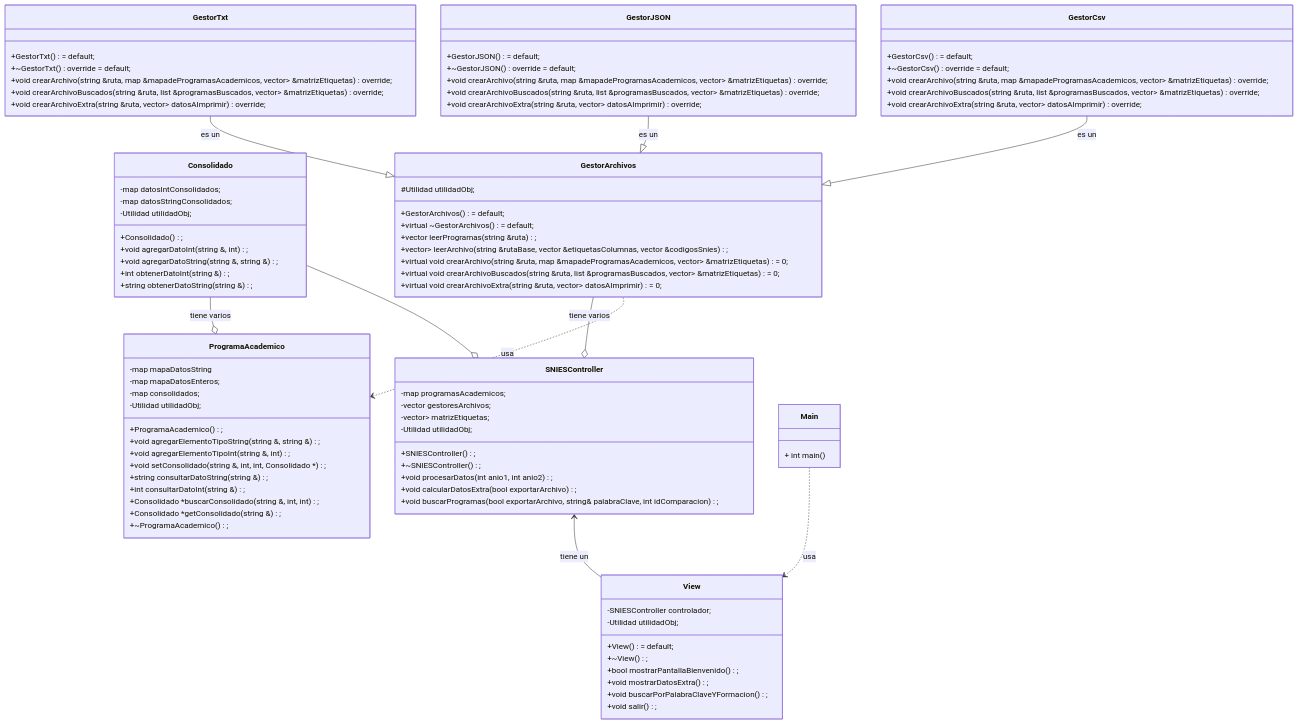
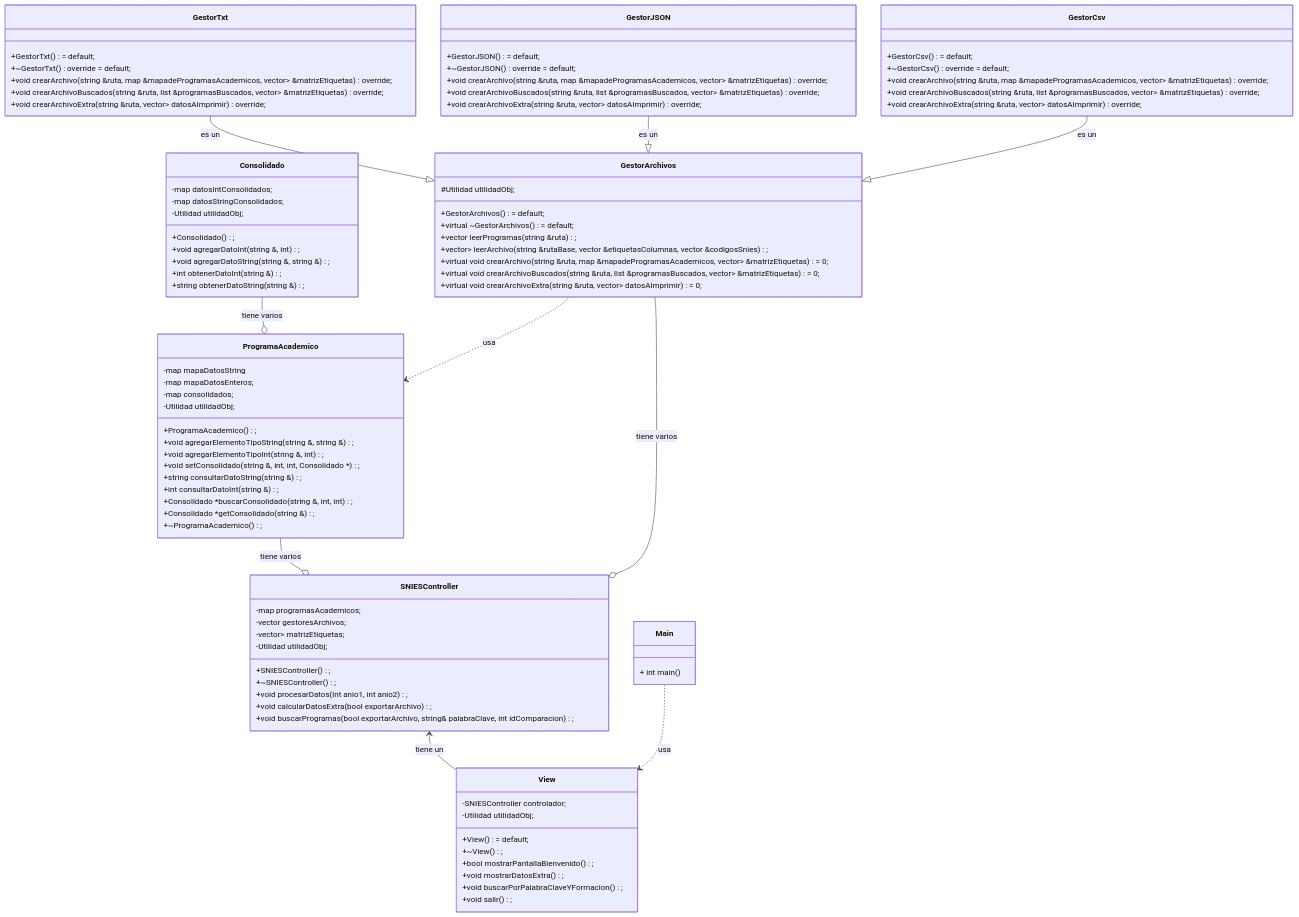
The diagram in README.md (300CIS017-Object-Oriented-Programming/proyecto-2-snies-extractor-sintax-error), drawn with Mermaid before and after one commit.

Commit message:
NEW: Diagrama Mermaid actualizado

```diff
--- a/README.md
+++ b/README.md
@@ -126,7 +126,7 @@
 View <.. Main : usa
 View --> SNIESController : tiene un
 SNIESController o-- GestorArchivos: tiene varios
-SNIESController o-- Consolidado
+SNIESController o-- ProgramaAcademico: tiene varios
 ProgramaAcademico <.. GestorArchivos: usa
 GestorArchivos <|-- GestorTxt: es un
 GestorArchivos <|-- GestorJSON: es un
```
